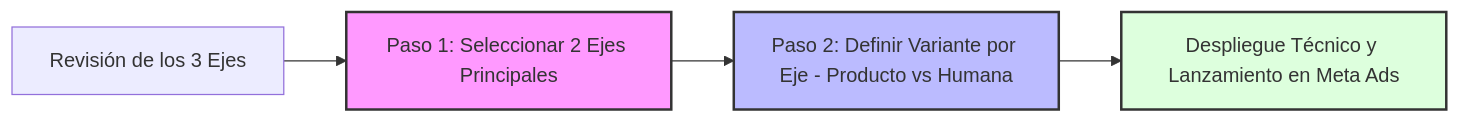
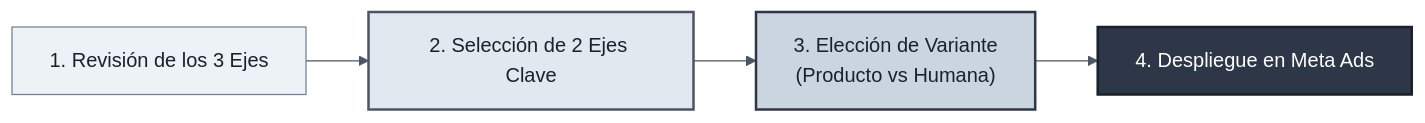
Before and after one commit to jsrxar77/mo-baseline: the second of 8 diagrams in releases/drinklovers/PROPUESTA_MES_1_META_ADS.md, drawn with Mermaid. The commit also changed other lines of this file, not shown here.

Commit message:
style(docs): polish mermaid diagrams formatting in drinklovers proposal

````diff
--- a/releases/drinklovers/PROPUESTA_MES_1_META_ADS.md
+++ b/releases/drinklovers/PROPUESTA_MES_1_META_ADS.md
@@ -49,10 +50,12 @@
 ```mermaid
+%%{init: {'theme': 'base', 'themeVariables': { 'primaryColor': '#F7FAFC', 'primaryTextColor': '#1A202C', 'primaryBorderColor': '#4A5568', 'lineColor': '#4A5568' }}}%%
 flowchart LR
-    A[Revisión de los 3 Ejes] --> B[Paso 1: Seleccionar 2 Ejes Principales]
-    B --> C[Paso 2: Definir Variante por Eje - Producto vs Humana]
-    C --> D[Despliegue Técnico y Lanzamiento en Meta Ads]
+    A["1. Revisión de los 3 Ejes"] --> B["2. Selección de 2 Ejes Clave"]
+    B --> C["3. Elección de Variante<br/>(Producto vs Humana)"]
+    C --> D["4. Despliegue en Meta Ads"]
     
-    style B fill:#f9f,stroke:#333,stroke-width:2px
-    style C fill:#bbf,stroke:#333,stroke-width:2px
-    style D fill:#dfd,stroke:#333,stroke-width:2px
+    style A fill:#EDF2F7,stroke:#718096,stroke-width:1px,color:#1A202C
+    style B fill:#E2E8F0,stroke:#4A5568,stroke-width:2px,color:#1A202C
+    style C fill:#CBD5E0,stroke:#2D3748,stroke-width:2px,color:#1A202C
+    style D fill:#2D3748,stroke:#1A202C,stroke-width:2px,color:#FFFFFF
 ```
````
